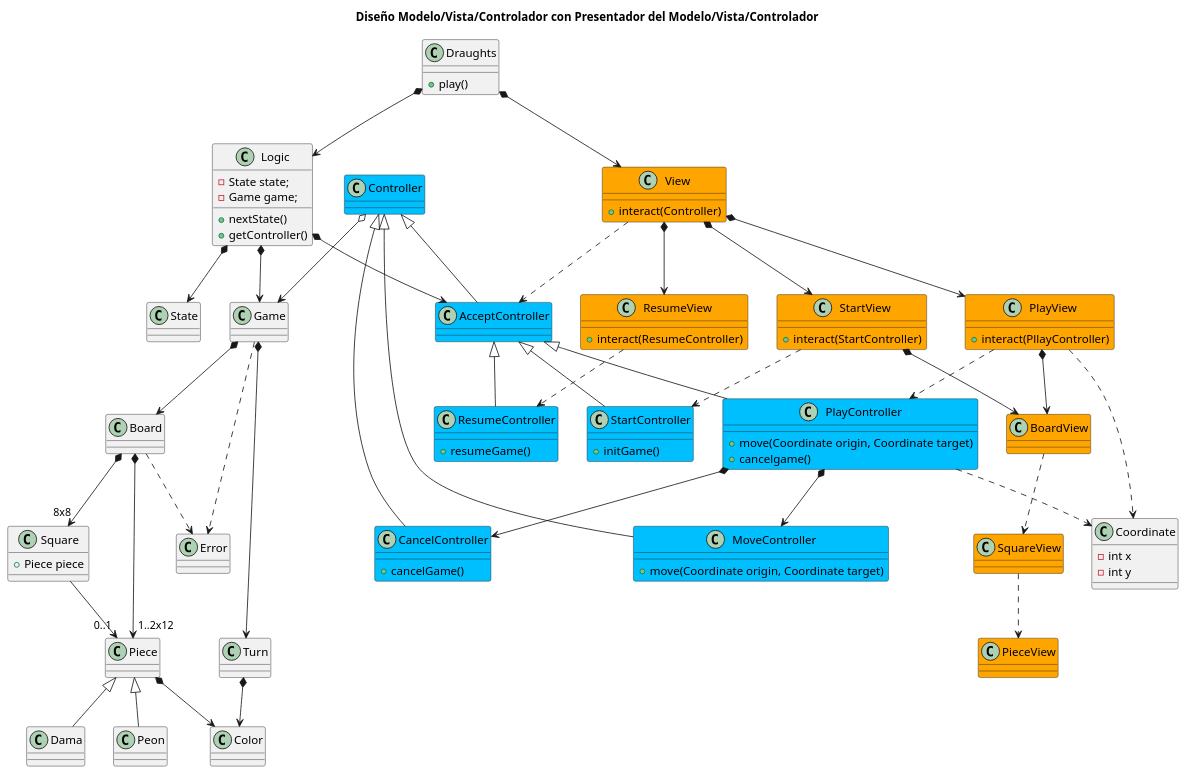
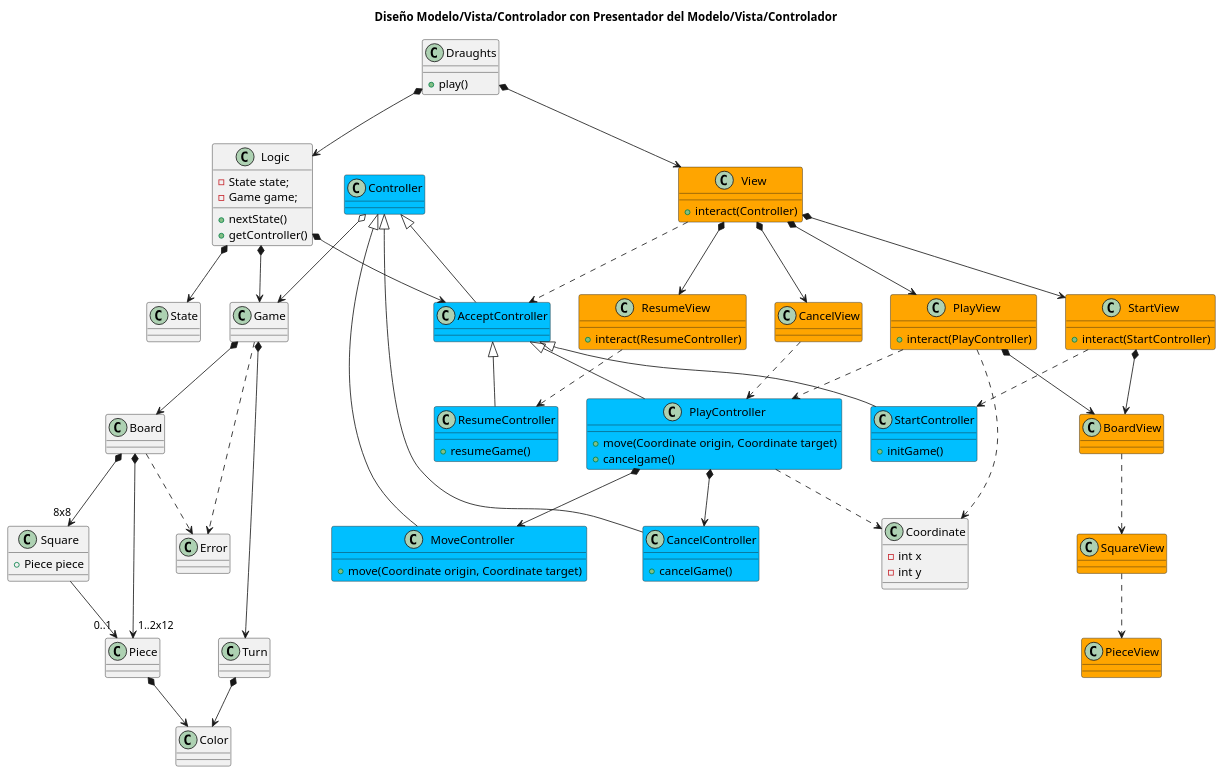
One commit to mscarceller/MasterCloudApps_Damas_Mockito changed the diagram in uml/plantUML.puml. Above: the diagram before and after it, drawn with PlantUML. The commit also changed 4 other files, not shown here.

```diff
--- a/uml/plantUML.puml
+++ b/uml/plantUML.puml
@@ -1,149 +1,147 @@
 @startuml
 
 title Diseño Modelo/Vista/Controlador con Presentador del Modelo/Vista/Controlador
 
 class Draughts {
 + play()
 }
 Draughts *-down-> Logic
 Draughts *-down-> View
 
 class View #orange {
 + interact(Controller)
 }
 
 class StartView #orange {
 + interact(StartController)
 }
 
 class PlayView  #orange {
-+ interact(PllayController)
++ interact(PlayController)
+}
+
+class CancelView  #orange {
 }
 
 class ResumeView  #orange {
 + interact(ResumeController)
 }
 
 class BoardView #orange{
 }
 
 class SquareView #orange{
 }
 
 class PieceView #orange{
 }
 
 StartView ..> StartController
 PlayView ..> PlayController
+CancelView ..> PlayController
 ResumeView ..> ResumeController
 
 View *-down-> StartView
 View *-down-> PlayView
+View *-down-> CancelView
 View *-down-> ResumeView
 StartView *-down-> BoardView
 PlayView *-down-> BoardView
 BoardView ..> SquareView
 SquareView ..> PieceView
 
 View ..> AcceptController
 
 class Logic{
     - State state;
     - Game game;
     + nextState()
     + getController()
 }
 Logic *--> State
 Logic *--> Game
 Logic *-down-> AcceptController
 
 class Controller #DeepSkyBlue{
 }
 
 class AcceptController #DeepSkyBlue{
 }
 
 Controller <|-down- AcceptController
 AcceptController <|-down- StartController
 AcceptController <|-down- PlayController
 Controller <|-down- MoveController
 Controller <|-down- CancelController
 AcceptController <|-down- ResumeController
 Controller o--> Game
 
 class StartController #DeepSkyBlue{
     +initGame()
 }
 
 class MoveController #DeepSkyBlue{
     + move(Coordinate origin, Coordinate target)
 }
 
 class CancelController #DeepSkyBlue{
     + cancelGame()
 }
 
 class ResumeController #DeepSkyBlue{
     +resumeGame()
 }
 
 class PlayController #DeepSkyBlue{
     + move(Coordinate origin, Coordinate target)
     + cancelgame()
 }
 PlayController ..> Coordinate
 
 PlayView ..> Coordinate
 
 class Coordinate{
     -int x
     -int y
 }
 
 PlayController *-down-> CancelController
 PlayController *-down-> MoveController
 
 
 class Game{
 }
 Game *-down-> Board
 Game *-down-> Turn
 Game ..> Error
 
 class Board{
 }
 Board *-down-> "8x8" Square
 Board *-down-> "1..2x12" Piece
 Board ..> Error
 
 class Square{
     +Piece piece
 }
 Square  --> "0..1" Piece
 
 class Piece{
 }
-Piece <|-down- Peon
-Piece <|-down- Dama
+
 Piece *--> Color 
-
-class Peon{
-}
-
-class Dama{
-}
 
 class Color{
 }
 
 class Turn{
 }
 Turn *--> Color
 
 class State{
 }
 
 class Error{
 }
 
 @enduml
```
